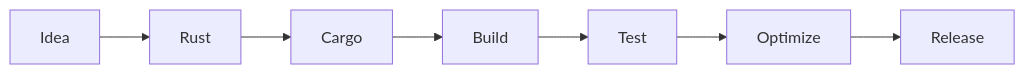
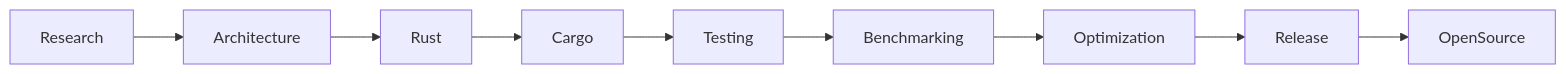
The diagram in README.md (m4n14ck/m4n14ck), drawn with Mermaid before and after one commit. The commit also changed other lines of this file, not shown here.

````diff
--- a/README.md
+++ b/README.md
@@ -148,15 +169,19 @@
 ```mermaid
 graph LR
 
-Idea --> Rust
+Research --> Architecture
+
+Architecture --> Rust
 
 Rust --> Cargo
 
-Cargo --> Build
+Cargo --> Testing
 
-Build --> Test
+Testing --> Benchmarking
 
-Test --> Optimize
+Benchmarking --> Optimization
 
-Optimize --> Release
+Optimization --> Release
+
+Release --> OpenSource
 ```
````
